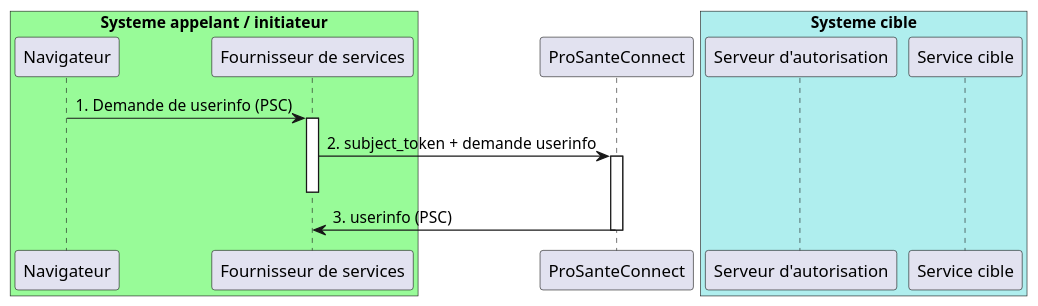
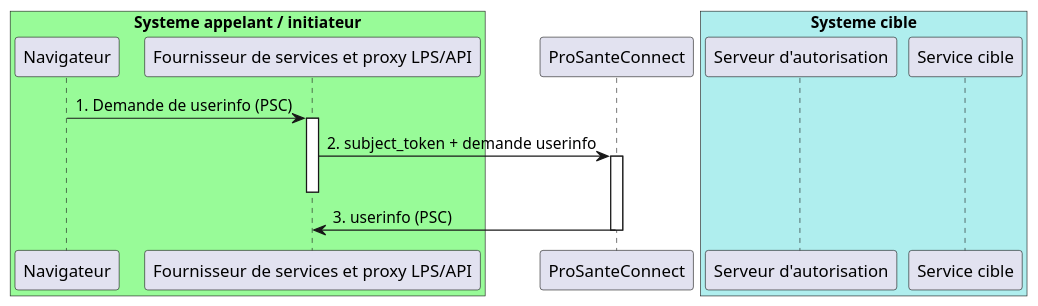
The diagram in input/images-source/diag_api_prosanteconnectee_web_userinfo_FS.plantuml (ansforge/IG-securisation-transport-api-rest), drawn with PlantUML before and after one commit. The commit also changed 3 other files, not shown here.

Commit message:
correction proxy LPS/API sur les flux web

```diff
--- a/input/images-source/diag_api_prosanteconnectee_web_userinfo_FS.plantuml
+++ b/input/images-source/diag_api_prosanteconnectee_web_userinfo_FS.plantuml
@@ -1,23 +1,23 @@
 @startuml
 scale 1024*768
 box "Systeme appelant / initiateur" #palegreen
 participant "Navigateur" as n
-participant "Fournisseur de services" as proxyl
+participant "Fournisseur de services et proxy LPS/API" as proxyl
 end box
 
 participant "ProSanteConnect" as psc
 box  "Systeme cible" #paleturquoise
 participant "Serveur d'autorisation" as AS
 participant "Service cible" as API
 end box
 
 n->proxyl:1. Demande de userinfo (PSC)
 	activate proxyl
 proxyl->psc:2. subject_token + demande userinfo
 	activate psc
     deactivate proxyl
 psc->proxyl:3. userinfo (PSC)
 
 	deactivate psc
 	
 @enduml
```
